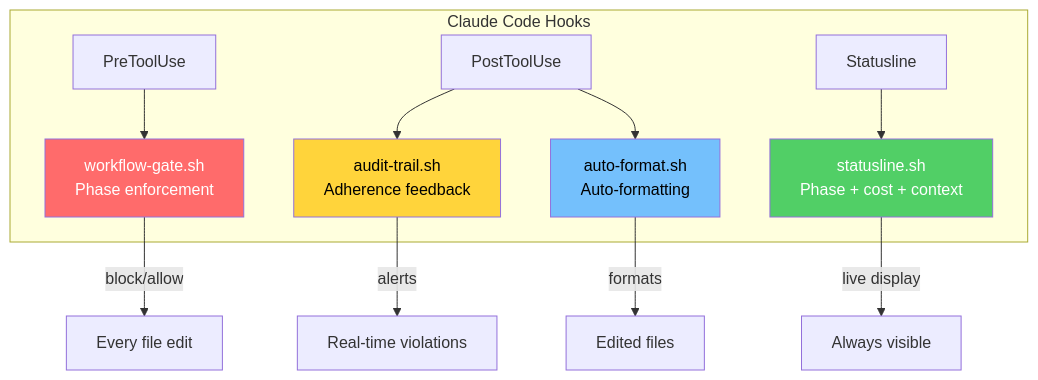
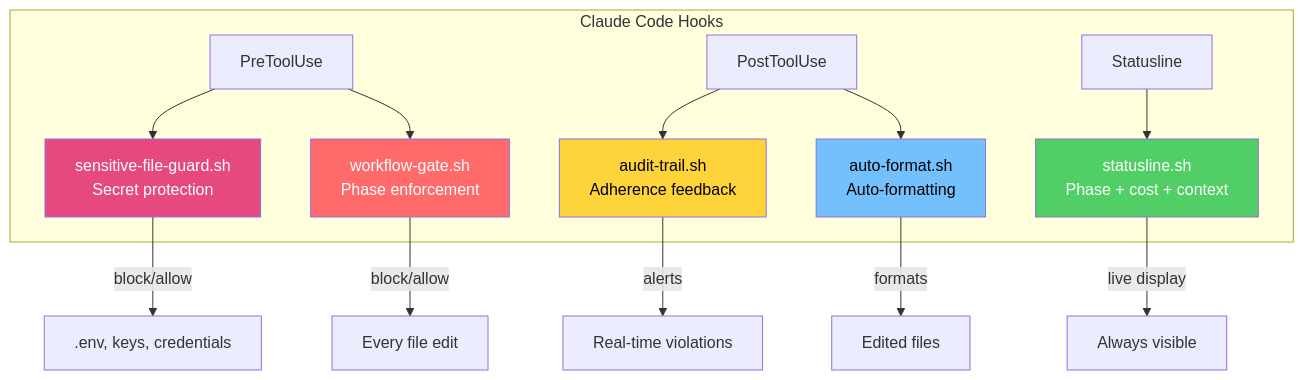
One commit to joshft/correctless changed the sixth of 6 diagrams in README.md. Above: the diagram before and after it, drawn with Mermaid. The commit also changed other lines of this file and 8 other files, not shown here.

First line of the commit message:
Add sensitive file protection PreToolUse hook (#26)

````diff
--- a/README.md
+++ b/README.md
@@ -255,19 +255,22 @@
 ```mermaid
 graph TB
     subgraph "Claude Code Hooks"
-        A["PreToolUse"] --> B["workflow-gate.sh<br/>Phase enforcement"]
+        A["PreToolUse"] --> H["sensitive-file-guard.sh<br/>Secret protection"]
+        A --> B["workflow-gate.sh<br/>Phase enforcement"]
         C["PostToolUse"] --> D["audit-trail.sh<br/>Adherence feedback"]
         C --> G["auto-format.sh<br/>Auto-formatting"]
         E["Statusline"] --> F["statusline.sh<br/>Phase + cost + context"]
     end
 
+    H -->|"block/allow"| M[".env, keys, credentials"]
     B -->|"block/allow"| I["Every file edit"]
     D -->|"alerts"| J["Real-time violations"]
     G -->|"formats"| L["Edited files"]
     F -->|"live display"| K["Always visible"]
 
+    style H fill:#e64980,color:#fff
     style B fill:#ff6b6b,color:#fff
     style D fill:#ffd43b,color:#000
     style G fill:#74c0fc,color:#000
     style F fill:#51cf66,color:#fff
 ```
````
